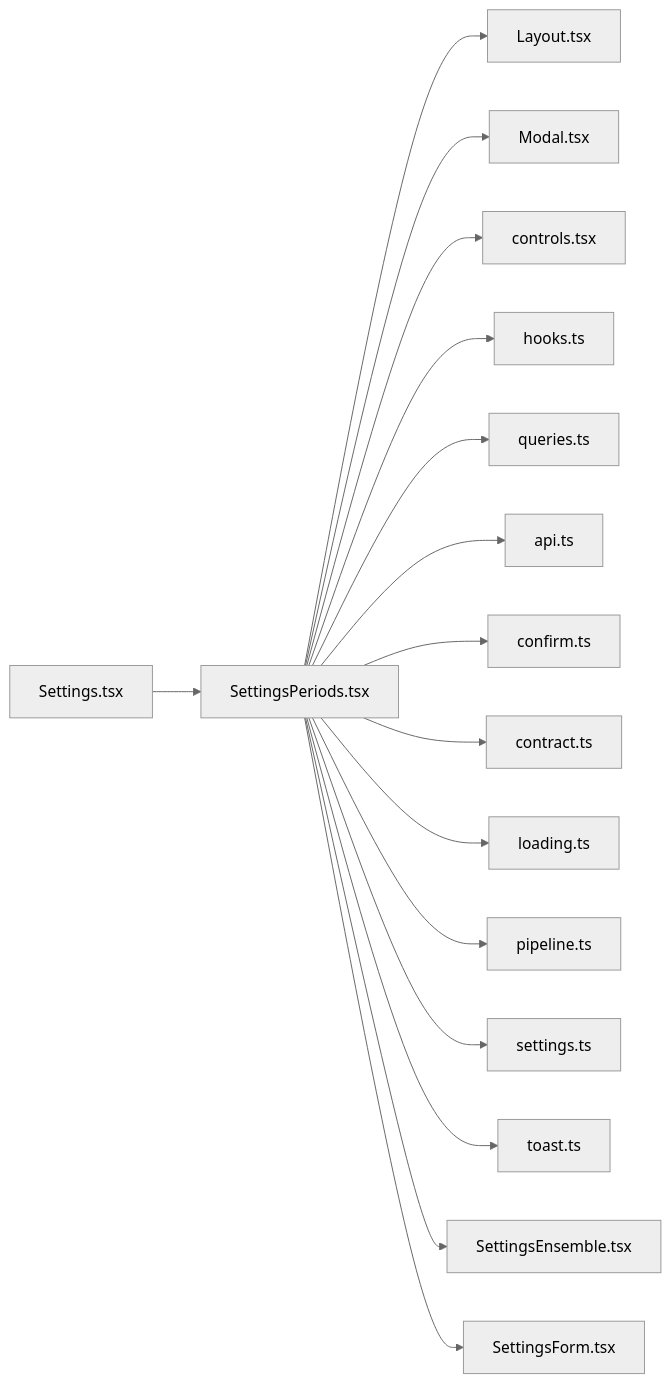
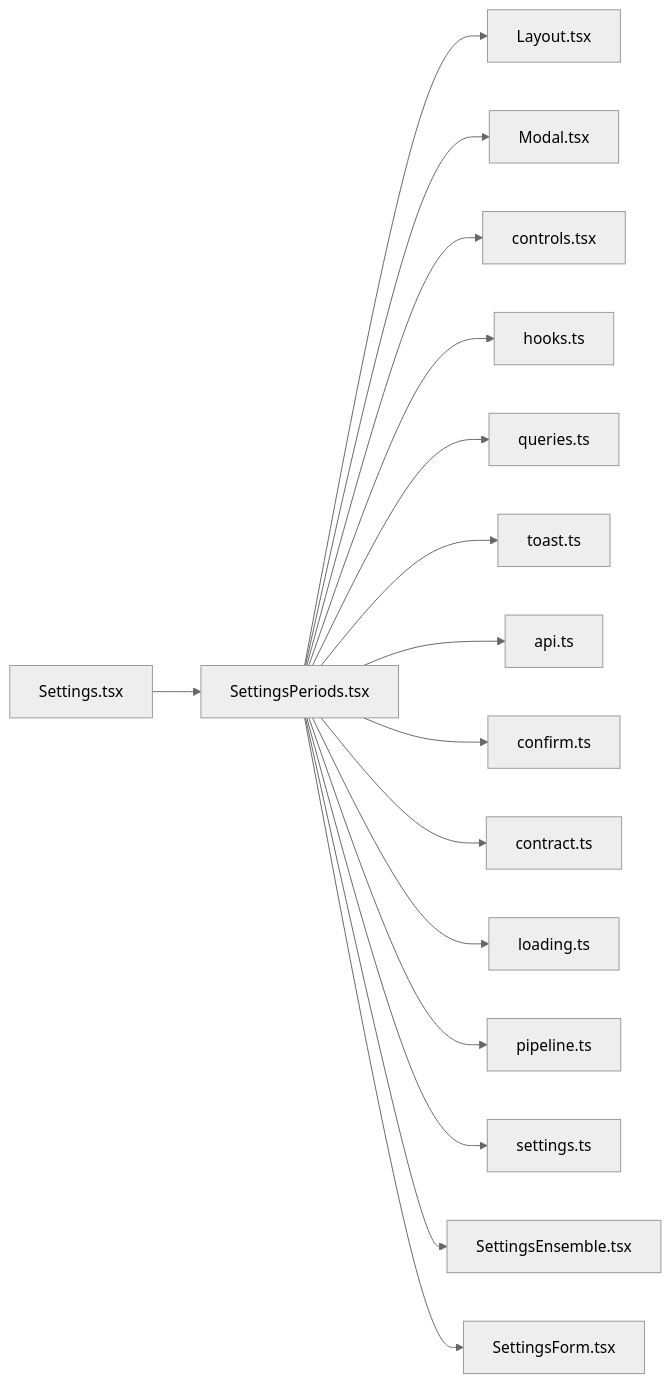
Before and after one commit to minkong-dev/Banblit: the diagram in .cluedoc/graph/frontend/src/routes/SettingsPeriods.md, drawn with Mermaid (neutral theme). The commit also changed other lines of this file and 47 other files, not shown here.

Commit message:
frontend: move toast into components

````diff
--- a/.cluedoc/graph/frontend/src/routes/SettingsPeriods.md
+++ b/.cluedoc/graph/frontend/src/routes/SettingsPeriods.md
@@ -10,19 +10,19 @@
 ```mermaid
 flowchart LR
   frontend_src_routes_SettingsPeriods["SettingsPeriods.tsx"]
   frontend_src_routes_SettingsPeriods --> frontend_src_components_Layout["Layout.tsx"]
   frontend_src_routes_SettingsPeriods --> frontend_src_components_Modal["Modal.tsx"]
   frontend_src_routes_SettingsPeriods --> frontend_src_components_controls["controls.tsx"]
   frontend_src_routes_SettingsPeriods --> frontend_src_components_hooks["hooks.ts"]
   frontend_src_routes_SettingsPeriods --> frontend_src_components_queries["queries.ts"]
+  frontend_src_routes_SettingsPeriods --> frontend_src_components_toast["toast.ts"]
   frontend_src_routes_SettingsPeriods --> frontend_src_lib_api["api.ts"]
   frontend_src_routes_SettingsPeriods --> frontend_src_lib_confirm["confirm.ts"]
   frontend_src_routes_SettingsPeriods --> frontend_src_lib_contract["contract.ts"]
   frontend_src_routes_SettingsPeriods --> frontend_src_lib_loading["loading.ts"]
   frontend_src_routes_SettingsPeriods --> frontend_src_lib_pipeline["pipeline.ts"]
   frontend_src_routes_SettingsPeriods --> frontend_src_lib_settings["settings.ts"]
-  frontend_src_routes_SettingsPeriods --> frontend_src_lib_toast["toast.ts"]
   frontend_src_routes_SettingsPeriods --> frontend_src_routes_SettingsEnsemble["SettingsEnsemble.tsx"]
   frontend_src_routes_SettingsPeriods --> frontend_src_routes_SettingsForm["SettingsForm.tsx"]
   frontend_src_routes_Settings["Settings.tsx"] --> frontend_src_routes_SettingsPeriods
 ```
````
